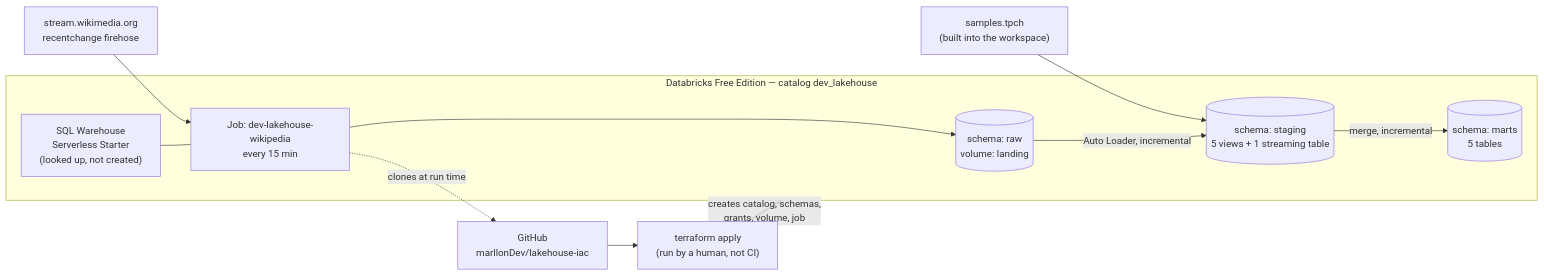
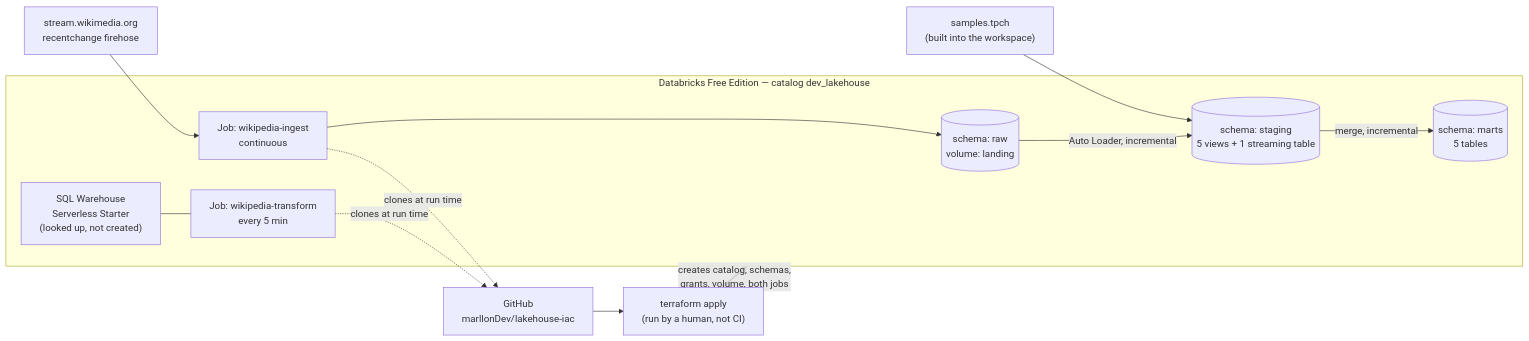
The first of 3 diagrams in ARCHITECTURE.md (marllonDev/lakehouse-iac), drawn with Mermaid before and after one commit. The commit also changed other lines of this file and 7 other files, not shown here.

````diff
--- a/ARCHITECTURE.md
+++ b/ARCHITECTURE.md
@@ -15,27 +15,29 @@
 ```mermaid
 flowchart LR
     repo["GitHub<br/>marllonDev/lakehouse-iac"]
     human["terraform apply<br/>(run by a human, not CI)"]
 
     subgraph dbx ["Databricks Free Edition — catalog dev_lakehouse"]
         raw[("schema: raw<br/>volume: landing")]
         staging[("schema: staging<br/>5 views + 1 streaming table")]
         marts[("schema: marts<br/>5 tables")]
         wh["SQL Warehouse<br/>Serverless Starter<br/>(looked up, not created)"]
-        job["Job: dev-lakehouse-wikipedia<br/>every 15 min"]
+        ingestjob["Job: wikipedia-ingest<br/>continuous"]
+        transformjob["Job: wikipedia-transform<br/>every 5 min"]
     end
 
     tpch["samples.tpch<br/>(built into the workspace)"]
     wiki["stream.wikimedia.org<br/>recentchange firehose"]
 
     repo --> human
-    human ==>|"creates catalog, schemas,<br/>grants, volume, job"| dbx
-    job -.->|"clones at run time"| repo
+    human ==>|"creates catalog, schemas,<br/>grants, volume, both jobs"| dbx
+    ingestjob -.->|"clones at run time"| repo
+    transformjob -.->|"clones at run time"| repo
 
-    wiki --> job
-    job --> raw
+    wiki --> ingestjob
+    ingestjob --> raw
     tpch --> staging
     raw -->|"Auto Loader, incremental"| staging
     staging -->|"merge, incremental"| marts
-    wh --- job
+    wh --- transformjob
 ```
````
